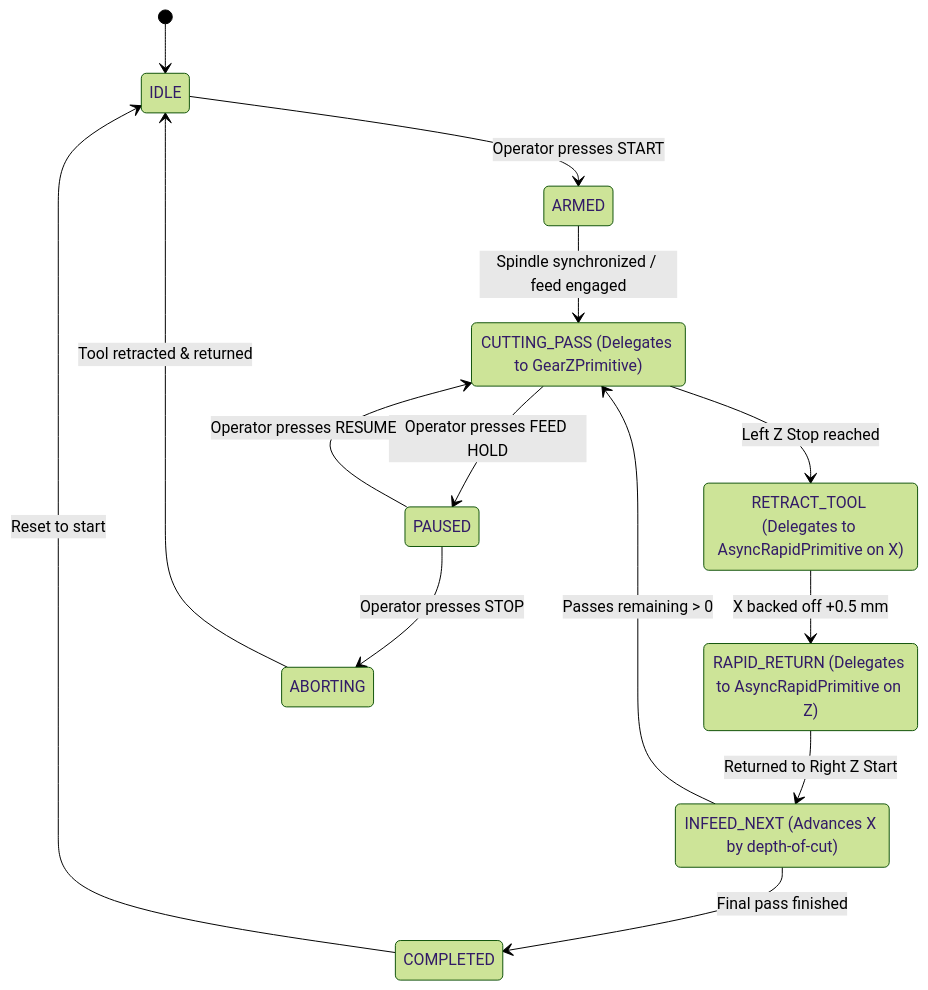
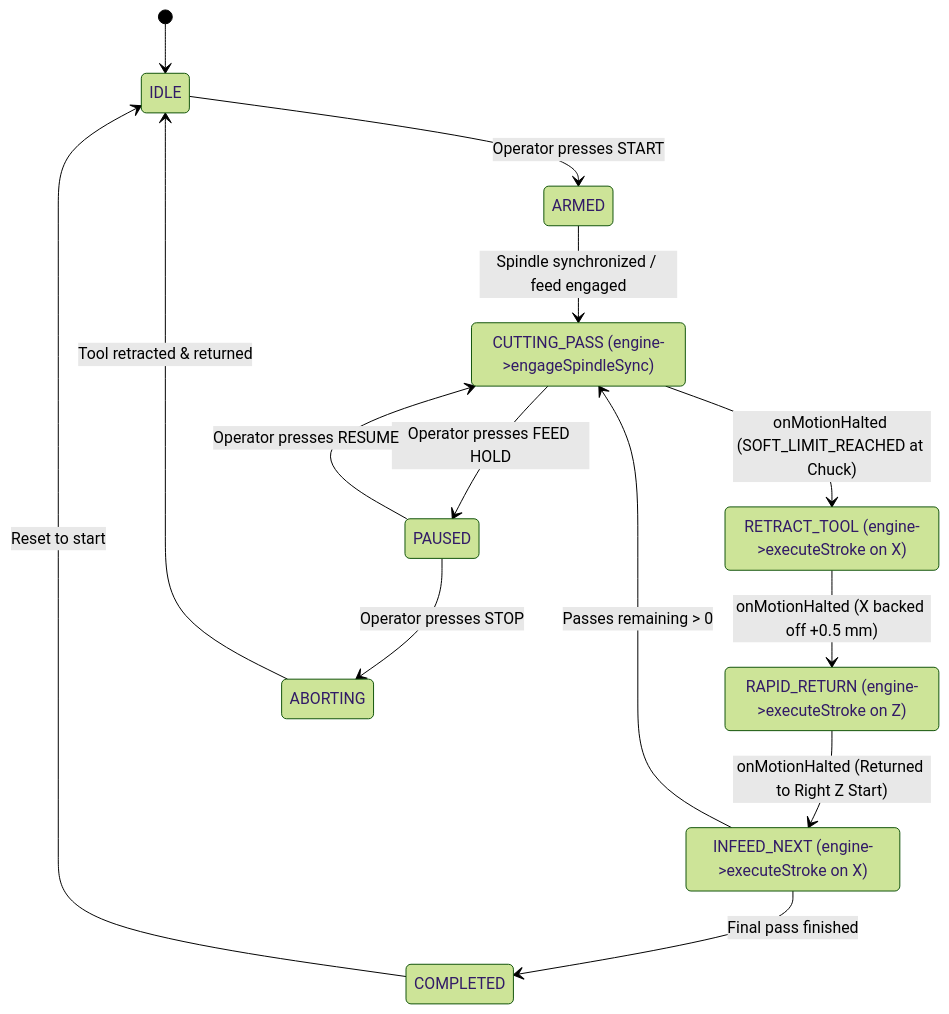
The second of 5 diagrams in docs/ELS_MODE_ARCHITECTURE.md (emmelcf/whatELS), drawn with Mermaid (forest theme) before and after one commit. The commit also changed other lines of this file and 12 other files, not shown here.

Commit message:
docs(motion): baseline motion architecture specifications and Argon peer review

````diff
--- a/docs/ELS_MODE_ARCHITECTURE.md
+++ b/docs/ELS_MODE_ARCHITECTURE.md
@@ -570,25 +547,25 @@
 ```mermaid
 stateDiagram-v2
     [*] --> IDLE
     IDLE --> ARMED: Operator presses START
     ARMED --> CUTTING_PASS: Spindle synchronized / feed engaged
     
-    state "CUTTING_PASS (Delegates to GearZPrimitive)" as CUTTING_PASS
-    CUTTING_PASS --> RETRACT_TOOL: Left Z Stop reached
+    state "CUTTING_PASS (engine->engageSpindleSync)" as CUTTING_PASS
+    CUTTING_PASS --> RETRACT_TOOL: onMotionHalted (SOFT_LIMIT_REACHED at Chuck)
     
-    state "RETRACT_TOOL (Delegates to AsyncRapidPrimitive on X)" as RETRACT_TOOL
-    RETRACT_TOOL --> RAPID_RETURN: X backed off +0.5 mm
+    state "RETRACT_TOOL (engine->executeStroke on X)" as RETRACT_TOOL
+    RETRACT_TOOL --> RAPID_RETURN: onMotionHalted (X backed off +0.5 mm)
     
-    state "RAPID_RETURN (Delegates to AsyncRapidPrimitive on Z)" as RAPID_RETURN
-    RAPID_RETURN --> INFEED_NEXT: Returned to Right Z Start
+    state "RAPID_RETURN (engine->executeStroke on Z)" as RAPID_RETURN
+    RAPID_RETURN --> INFEED_NEXT: onMotionHalted (Returned to Right Z Start)
     
-    state "INFEED_NEXT (Advances X by depth-of-cut)" as INFEED_NEXT
+    state "INFEED_NEXT (engine->executeStroke on X)" as INFEED_NEXT
     INFEED_NEXT --> CUTTING_PASS: Passes remaining > 0
     INFEED_NEXT --> COMPLETED: Final pass finished
     
     COMPLETED --> IDLE: Reset to start
     CUTTING_PASS --> PAUSED: Operator presses FEED HOLD
     PAUSED --> CUTTING_PASS: Operator presses RESUME
     PAUSED --> ABORTING: Operator presses STOP
     ABORTING --> IDLE: Tool retracted & returned
 ```
````
